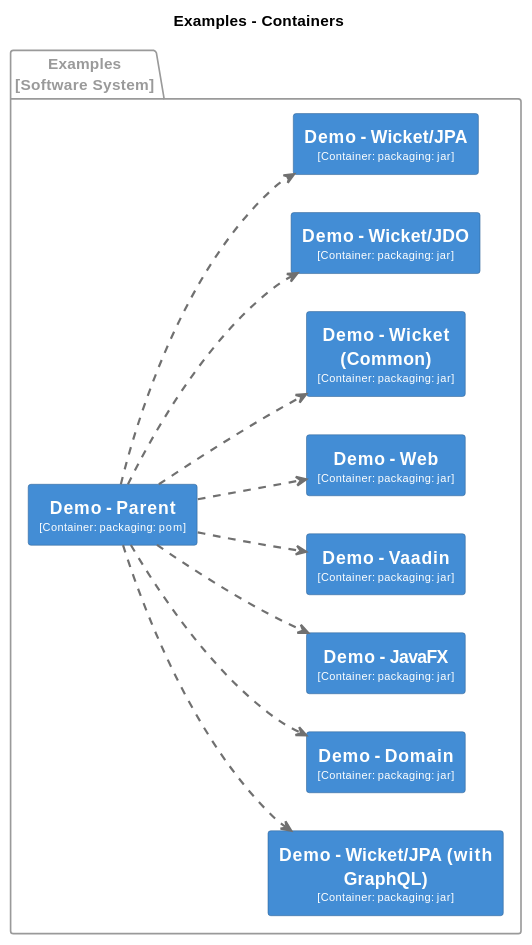
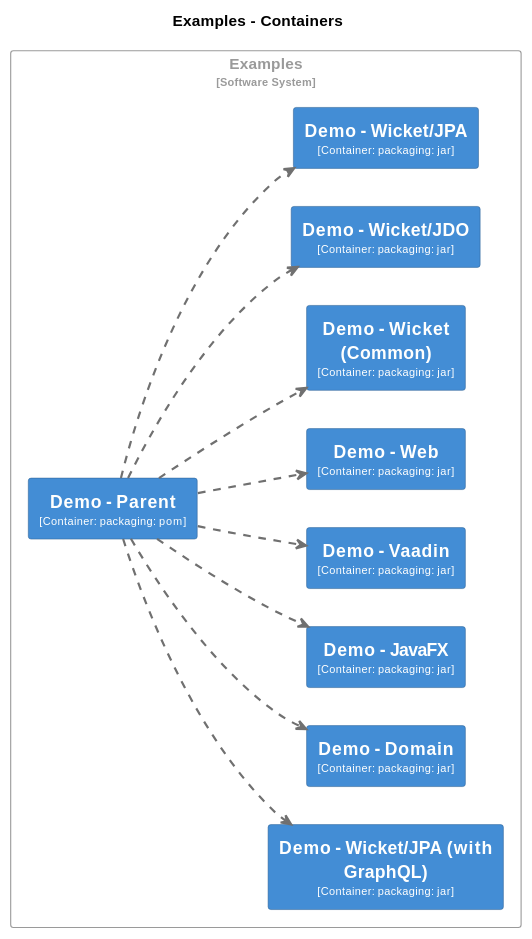
The fourth of 31 diagrams in core/adoc/modules/_overview/pages/about.adoc (apache/causeway), drawn with PlantUML before and after one commit. The commit also changed other lines of this file and 4 other files, not shown here.

```diff
--- a/core/adoc/modules/_overview/pages/about.adoc
+++ b/core/adoc/modules/_overview/pages/about.adoc
@@ -711,9 +711,9 @@
   BorderColor #2e6295
 }
 
-package "Examples\n[Software System]" <<Examples>> {
-  skinparam PackageBorderColor<<Examples>> #9a9a9a
-  skinparam PackageFontColor<<Examples>> #9a9a9a
+rectangle "Examples\n<size:10>[Software System]</size>" <<Examples>> {
+  skinparam RectangleBorderColor<<Examples>> #9a9a9a
+  skinparam RectangleFontColor<<Examples>> #9a9a9a
 
   rectangle "==Demo - Wicket/JPA (with GraphQL)\n<size:10>[Container: packaging: jar]</size>" <<Examples.DemoWicketJPAwithGraphQL>> as Examples.DemoWicketJPAwithGraphQL
   rectangle "==Demo - Parent\n<size:10>[Container: packaging: pom]</size>" <<Examples.DemoParent>> as Examples.DemoParent
```
